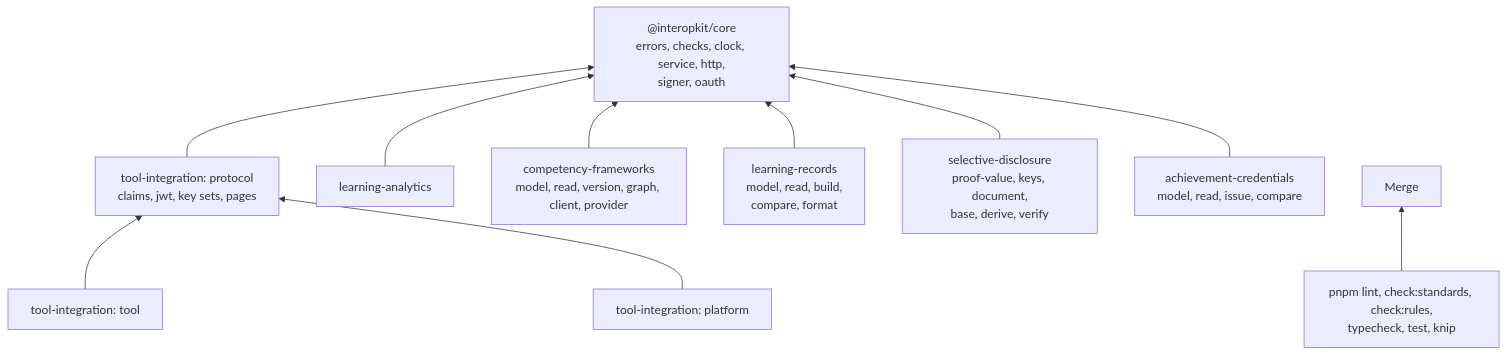
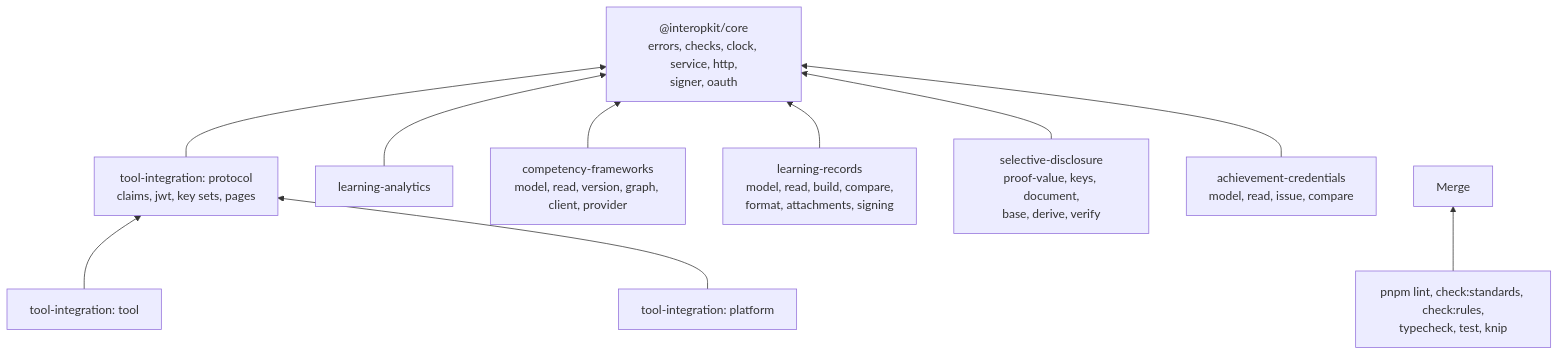
The diagram in AGENTS.md (interopkit/interopkit), drawn with Mermaid before and after one commit. The commit also changed other lines of this file and 41 other files, not shown here.

First line of the commit message:
Add signing and attachments to learning-records

````diff
--- a/AGENTS.md
+++ b/AGENTS.md
@@ -15,21 +15,21 @@
 ```mermaid
 flowchart BT
   core["@interopkit/core<br/>errors, checks, clock, service, http,<br/>signer, oauth"]
   proto["tool-integration: protocol<br/>claims, jwt, key sets, pages"]
   tool["tool-integration: tool"]
   plat["tool-integration: platform"]
   la["learning-analytics"]
   cf["competency-frameworks<br/>model, read, version, graph, client, provider"]
-  lr["learning-records<br/>model, read, build,<br/>compare, format"]
+  lr["learning-records<br/>model, read, build, compare,<br/>format, attachments, signing"]
   sd["selective-disclosure<br/>proof-value, keys, document,<br/>base, derive, verify"]
   ac["achievement-credentials<br/>model, read, issue, compare"]
   proto --> core
   tool --> proto
   plat --> proto
   la --> core
   cf --> core
   lr --> core
   sd --> core
   ac --> core
   gates["pnpm lint, check:standards, check:rules,<br/>typecheck, test, knip"] --> merge["Merge"]
 ```
````
